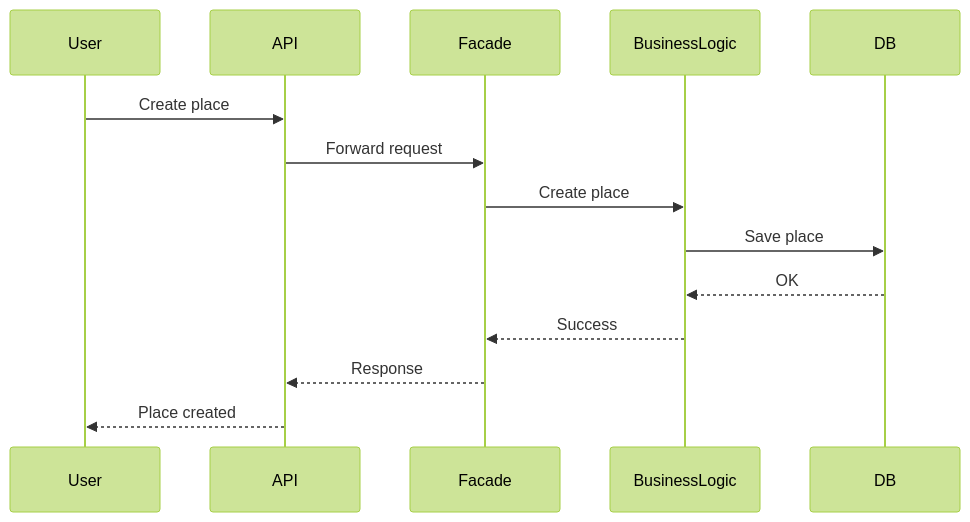
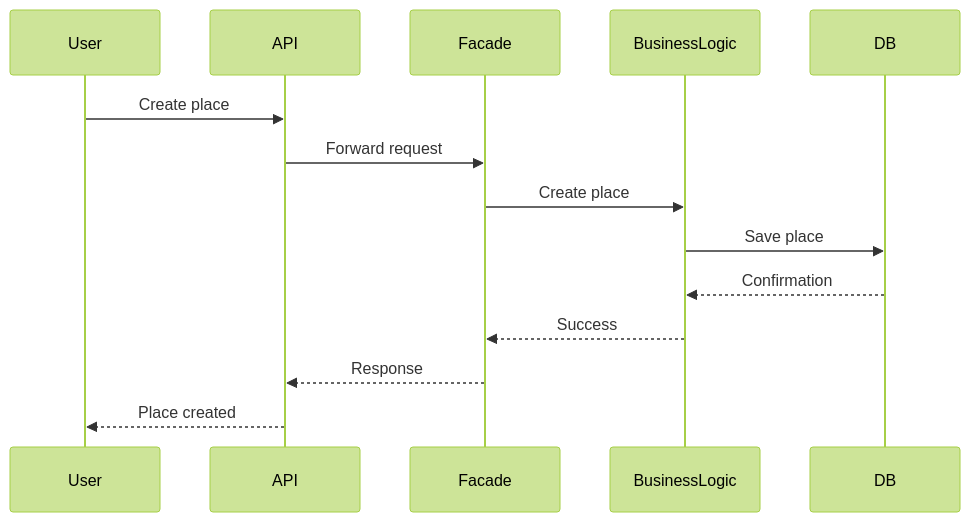
The fourth of 6 diagrams in part1/README.md (niceehi/holbertonschool-hbnb), drawn with Mermaid (forest theme) before and after one commit. The commit also changed other lines of this file, not shown here.

````diff
--- a/part1/README.md
+++ b/part1/README.md
@@ -225,17 +224,17 @@
 ```mermaid
 sequenceDiagram
 participant User
 participant API
 participant Facade
 participant BusinessLogic
 participant DB
 
 User->>API: Create place
 API->>Facade: Forward request
 Facade->>BusinessLogic: Create place
 BusinessLogic->>DB: Save place
-DB-->>BusinessLogic: OK
+DB-->>BusinessLogic: Confirmation
 BusinessLogic-->>Facade: Success
 Facade-->>API: Response
 API-->>User: Place created
 ```
````
